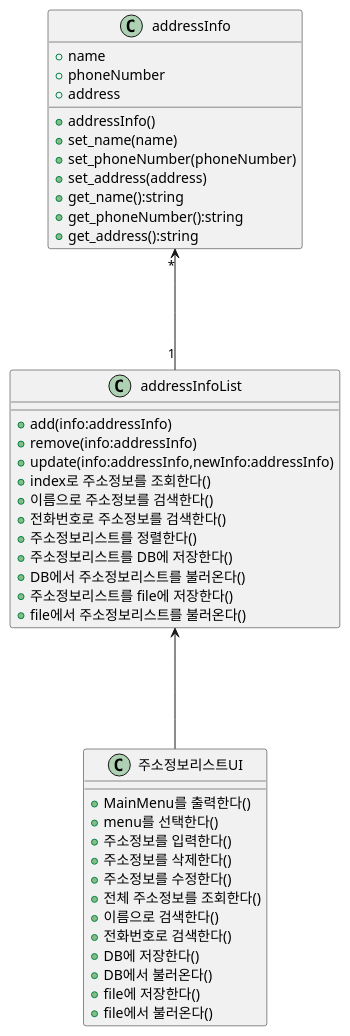
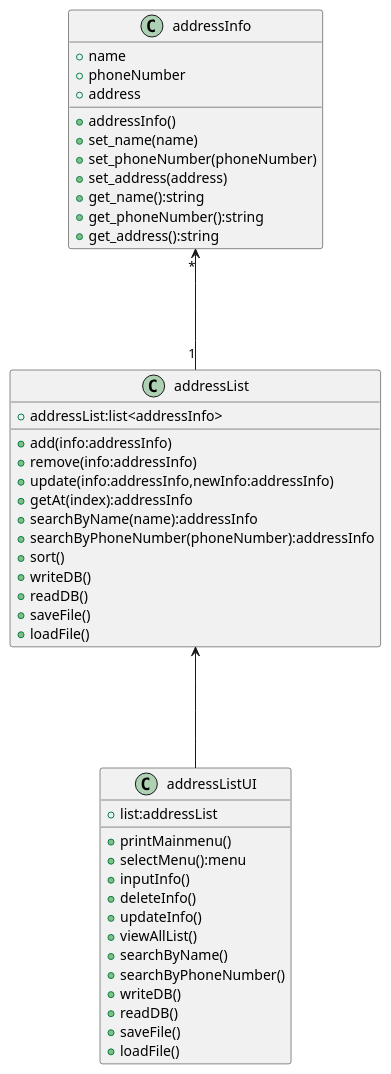
Before and after one commit to digiry/pythonStudy: the diagram in addressBookEx1/physical_class_diag.puml, drawn with PlantUML.

Commit message:
complete physical_class_diagram

```diff
--- a/addressBookEx1/physical_class_diag.puml
+++ b/addressBookEx1/physical_class_diag.puml
@@ -1,48 +1,50 @@
 @startuml
 
 class addressInfo {
 +name
 +phoneNumber
 +address
 +addressInfo()
 +set_name(name)
 +set_phoneNumber(phoneNumber)
 +set_address(address)
 +get_name():string
 +get_phoneNumber():string
 +get_address():string
 }
 
-class addressInfoList {
+class addressList {
++addressList:list<addressInfo>
 +add(info:addressInfo)
 +remove(info:addressInfo)
 +update(info:addressInfo,newInfo:addressInfo)
-+index로 주소정보를 조회한다()
-+이름으로 주소정보를 검색한다()
-+전화번호로 주소정보를 검색한다()
-+주소정보리스트를 정렬한다()
-+주소정보리스트를 DB에 저장한다()
-+DB에서 주소정보리스트를 불러온다()
-+주소정보리스트를 file에 저장한다()
-+file에서 주소정보리스트를 불러온다()
++getAt(index):addressInfo
++searchByName(name):addressInfo
++searchByPhoneNumber(phoneNumber):addressInfo
++sort()
++writeDB()
++readDB()
++saveFile()
++loadFile()
 }
 
-class 주소정보리스트UI {
-+MainMenu를 출력한다()
-+menu를 선택한다()
-+주소정보를 입력한다()
-+주소정보를 삭제한다()
-+주소정보를 수정한다()
-+전체 주소정보를 조회한다()
-+이름으로 검색한다()
-+전화번호로 검색한다()
-+DB에 저장한다()
-+DB에서 불러온다()
-+file에 저장한다()
-+file에서 불러온다()
+class addressListUI {
++list:addressList
++printMainmenu()
++selectMenu():menu
++inputInfo()
++deleteInfo()
++updateInfo()
++viewAllList()
++searchByName()
++searchByPhoneNumber()
++writeDB()
++readDB()
++saveFile()
++loadFile()
 }
 
-addressInfo "*" <--- "1" addressInfoList
-addressInfoList <--- 주소정보리스트UI
+addressInfo "*" <--- "1" addressList
+addressList <--- addressListUI
 
 @enduml
```
